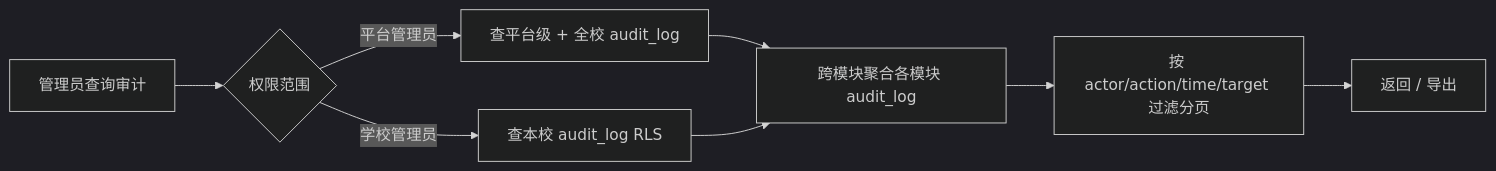
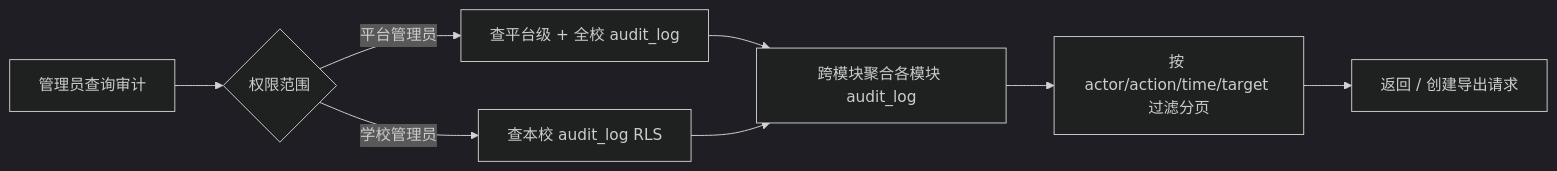
One commit to menghuishisan/CHAIMIR changed the third of 7 diagrams in docs/09-管理后台/04-业务流程与状态机.md. Above: the diagram before and after it, drawn with Mermaid (dark theme). The commit also changed other lines of this file and 515 other files, not shown here.

````diff
--- a/docs/09-管理后台/04-业务流程与状态机.md
+++ b/docs/09-管理后台/04-业务流程与状态机.md
@@ -48,10 +48,10 @@
 ```mermaid
 flowchart LR
     A[管理员查询审计] --> B{权限范围}
     B -->|平台管理员| C[查平台级 + 全校 audit_log]
     B -->|学校管理员| D[查本校 audit_log RLS]
     C --> E[跨模块聚合各模块 audit_log]
     D --> E
     E --> F[按 actor/action/time/target 过滤分页]
-    F --> G[返回 / 导出]
+    F --> G[返回 / 创建导出请求]
 ```
````
